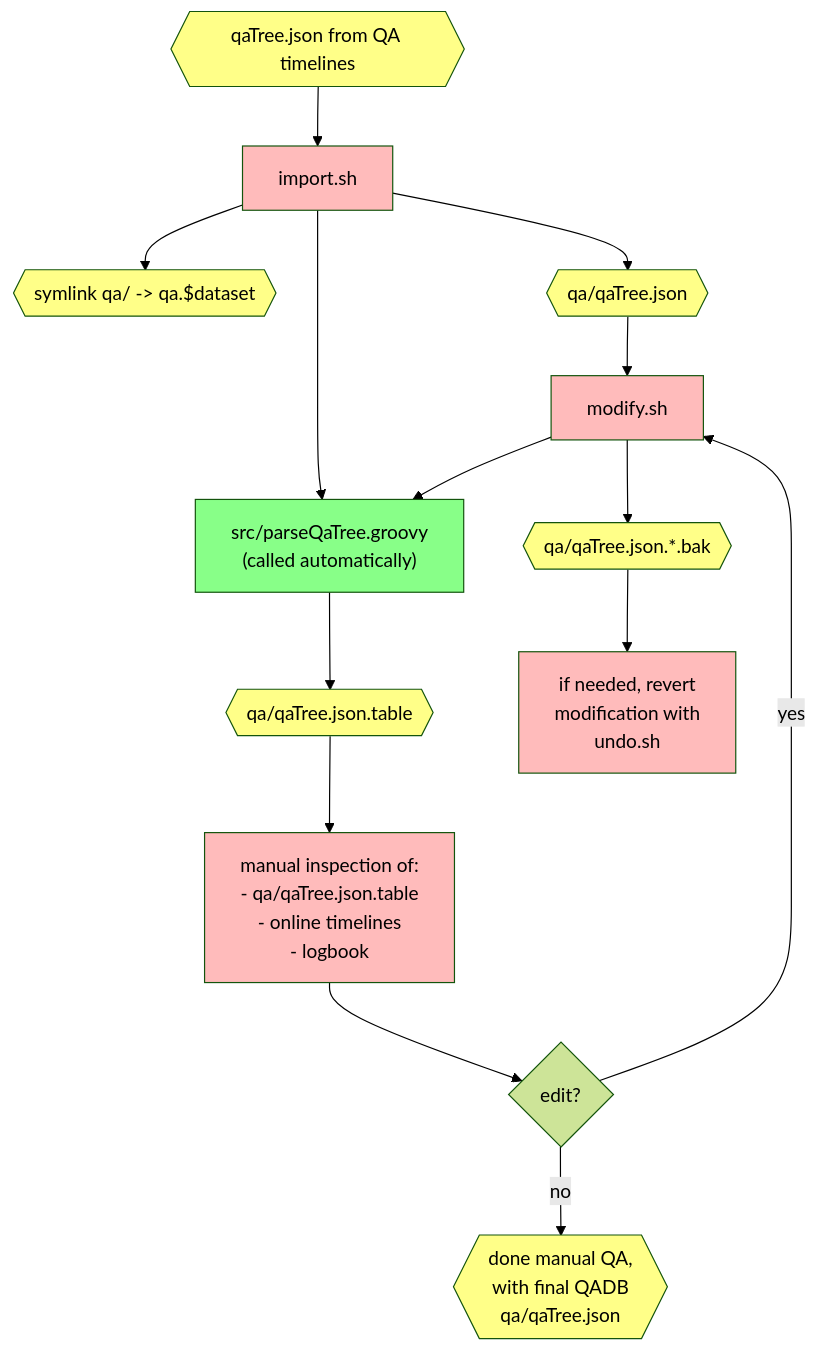
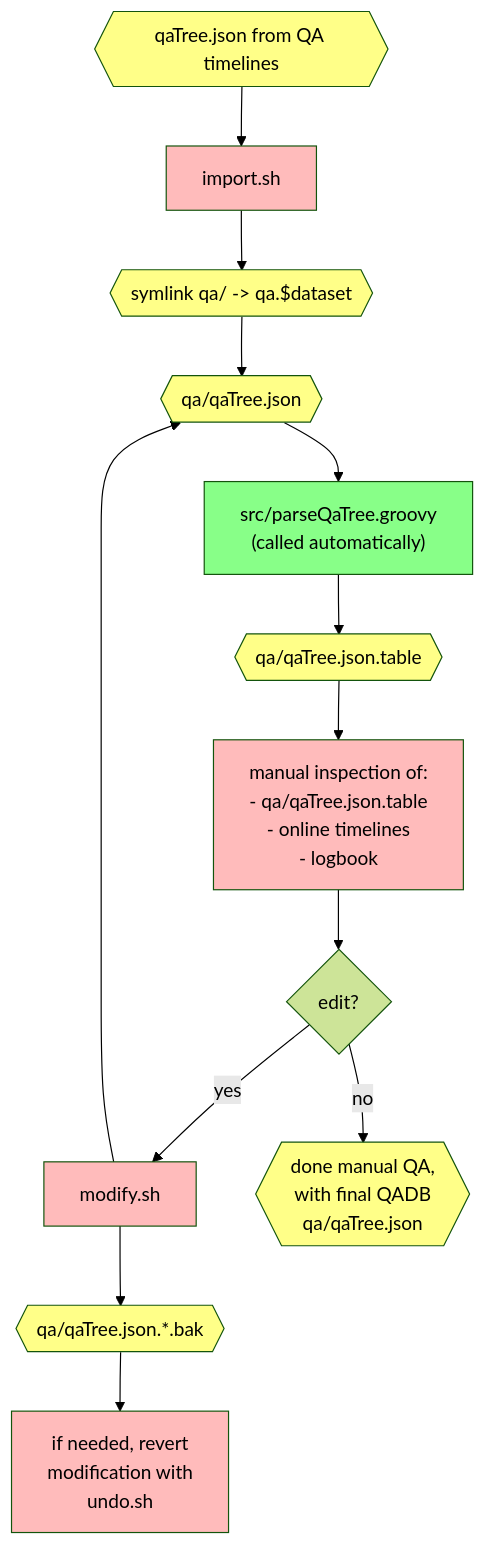
One commit to JeffersonLab/clas12-timeline changed the diagram in qadb/README.md. Above: the diagram before and after it, drawn with Mermaid (forest theme).

````diff
--- a/qadb/README.md
+++ b/qadb/README.md
@@ -40,36 +40,30 @@
 ```mermaid
 flowchart TB
 
     classDef data fill:#ff8,color:black
     classDef auto fill:#8f8,color:black
     classDef manual fill:#fbb,color:black
 
     qaTreeInit{{qaTree.json from QA timelines}}:::data
     import[import.sh]:::manual
     parse["src/parseQaTree.groovy<br>(called automatically)"]:::auto
     symlink{{symlink qa/ -> qa.$dataset}}:::data
     qaTree{{qa/qaTree.json}}:::data
     qaTable{{qa/qaTree.json.table}}:::data
 
-    qaTreeInit --> import
-    import --> symlink
-    import --> qaTree
-    import --> parse
-    parse --> qaTable
+    qaTreeInit --> import --> symlink --> qaTree --> parse --> qaTable
 
     inspect[manual inspection of:<br>- qa/qaTree.json.table<br>- online timelines<br>- logbook]:::manual
     edit{edit?}
     modify[modify.sh]:::manual
-    qaBak{{qa/qaTree.json.*.bak}}:::data
+    qaTreeBak{{qa/qaTree.json.*.bak}}:::data
     undo[if needed, revert<br>modification with<br>undo.sh]:::manual
 
-    qaTable --> inspect
-    inspect --> edit
+    qaTable --> inspect --> edit
 
-    edit -->|yes|modify --> parse
-    qaTree --> modify
-    modify --> qaBak
-    qaBak --> undo
+    edit -->|yes|modify --> qaTree
+    modify --> qaTreeBak
+    qaTreeBak --> undo
 
     edit -->|no|done{{done manual QA,<br>with final QADB<br>qa/qaTree.json}}:::data
 ```
````
